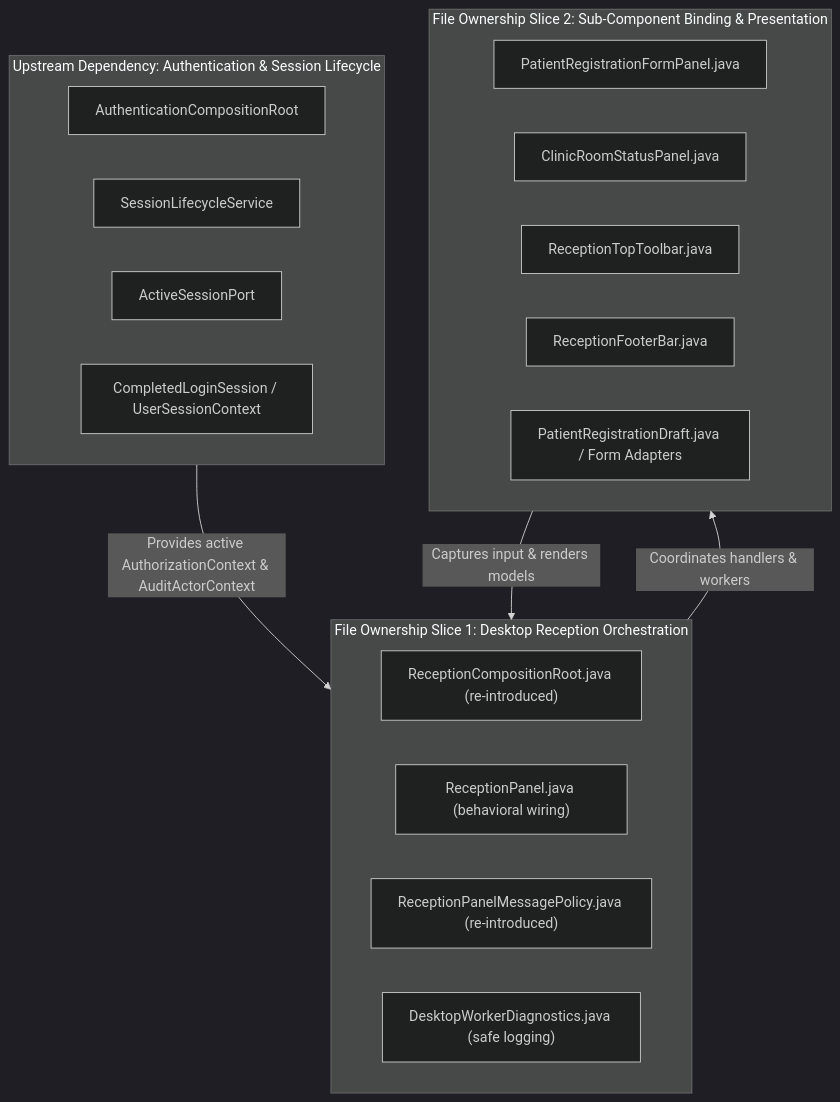
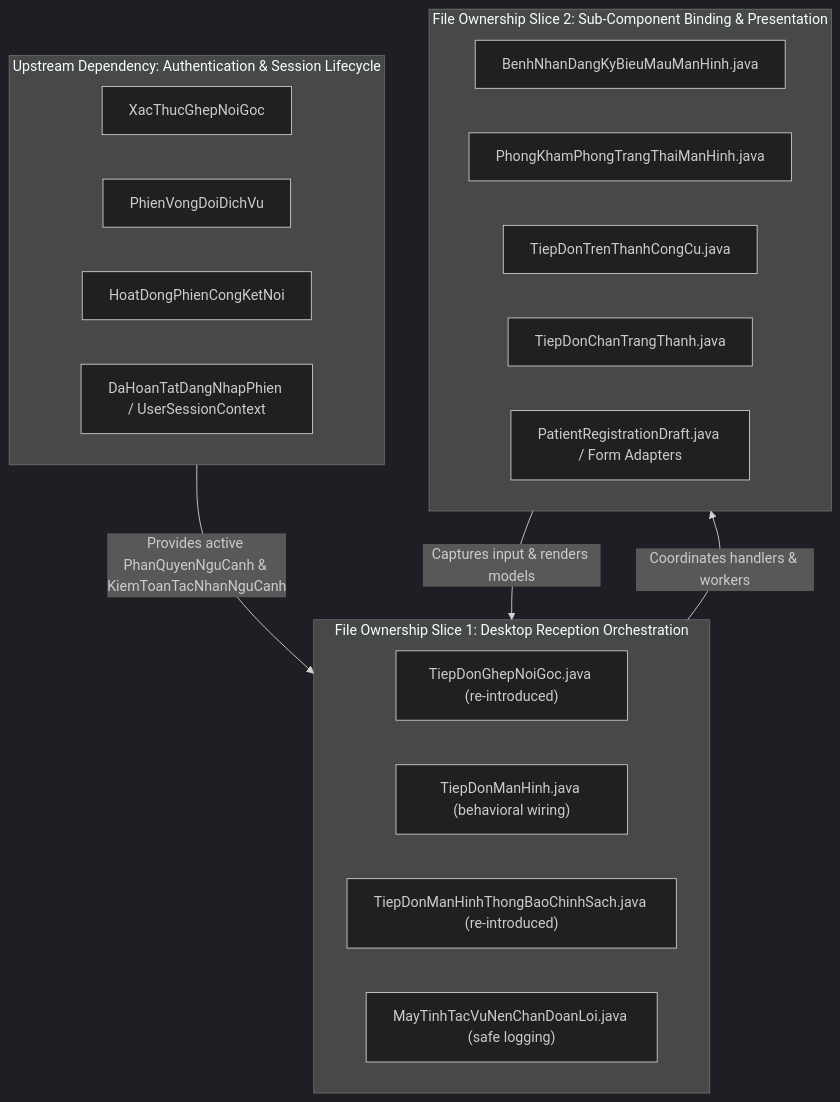
Before and after one commit to jtuongdang/clinic_desktop: the second of 2 diagrams in docs/ke-hoach-trien-khai/desktop-main-reception-wiring-review.md, drawn with Mermaid (dark theme). The commit also changed other lines of this file and 1327 other files, not shown here.

````diff
--- a/docs/ke-hoach-trien-khai/desktop-main-reception-wiring-review.md
+++ b/docs/ke-hoach-trien-khai/desktop-main-reception-wiring-review.md
@@ -255,28 +255,28 @@
 ```mermaid
 flowchart TD
     subgraph AuthDep ["Upstream Dependency: Authentication & Session Lifecycle"]
-        AuthRoot["AuthenticationCompositionRoot"]
-        SessionServ["SessionLifecycleService"]
-        ActivePort["ActiveSessionPort"]
-        SessionContext["CompletedLoginSession / UserSessionContext"]
+        AuthRoot["XacThucGhepNoiGoc"]
+        SessionServ["PhienVongDoiDichVu"]
+        ActivePort["HoatDongPhienCongKetNoi"]
+        SessionContext["DaHoanTatDangNhapPhien / UserSessionContext"]
     end
 
     subgraph Slice1 ["File Ownership Slice 1: Desktop Reception Orchestration"]
-        R_Root["ReceptionCompositionRoot.java (re-introduced)"]
-        R_Panel["ReceptionPanel.java (behavioral wiring)"]
-        R_Policy["ReceptionPanelMessagePolicy.java (re-introduced)"]
-        R_Diag["DesktopWorkerDiagnostics.java (safe logging)"]
+        R_Root["TiepDonGhepNoiGoc.java (re-introduced)"]
+        R_Panel["TiepDonManHinh.java (behavioral wiring)"]
+        R_Policy["TiepDonManHinhThongBaoChinhSach.java (re-introduced)"]
+        R_Diag["MayTinhTacVuNenChanDoanLoi.java (safe logging)"]
     end
 
     subgraph Slice2 ["File Ownership Slice 2: Sub-Component Binding & Presentation"]
-        FormPanel["PatientRegistrationFormPanel.java"]
-        StatusPanel["ClinicRoomStatusPanel.java"]
-        TopBar["ReceptionTopToolbar.java"]
-        FooterBar["ReceptionFooterBar.java"]
+        FormPanel["BenhNhanDangKyBieuMauManHinh.java"]
+        StatusPanel["PhongKhamPhongTrangThaiManHinh.java"]
+        TopBar["TiepDonTrenThanhCongCu.java"]
+        FooterBar["TiepDonChanTrangThanh.java"]
         DTOs["PatientRegistrationDraft.java / Form Adapters"]
     end
 
-    AuthDep -->|Provides active AuthorizationContext & AuditActorContext| Slice1
+    AuthDep -->|Provides active PhanQuyenNguCanh & KiemToanTacNhanNguCanh| Slice1
     Slice1 -->|Coordinates handlers & workers| Slice2
     Slice2 -->|Captures input & renders models| Slice1
 ```
````
